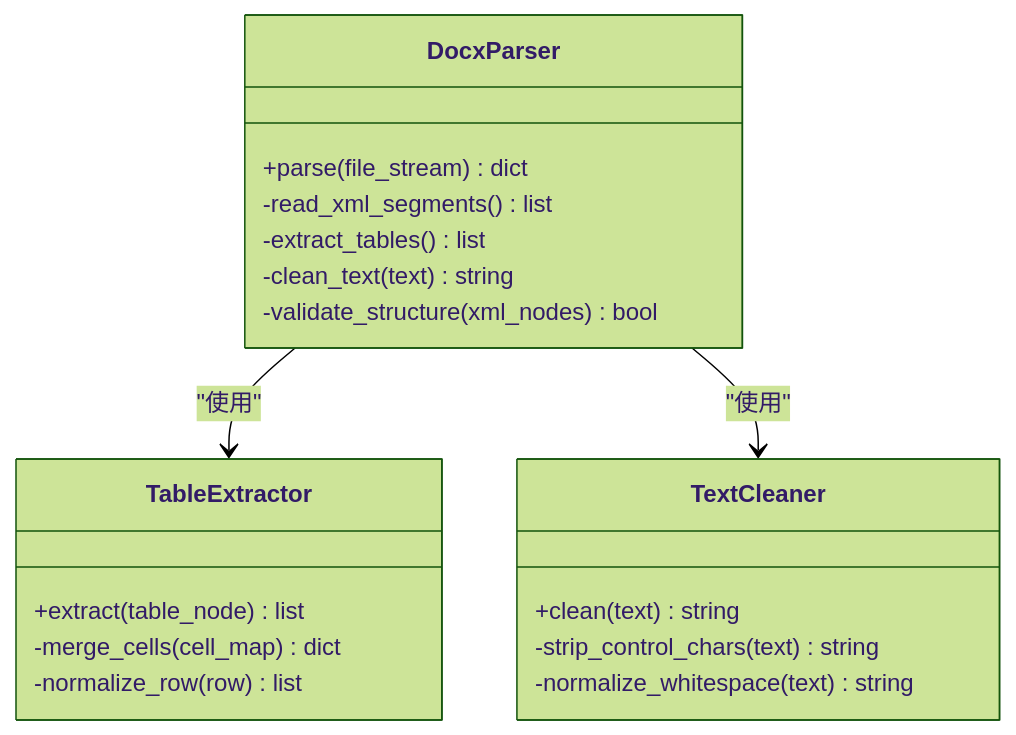
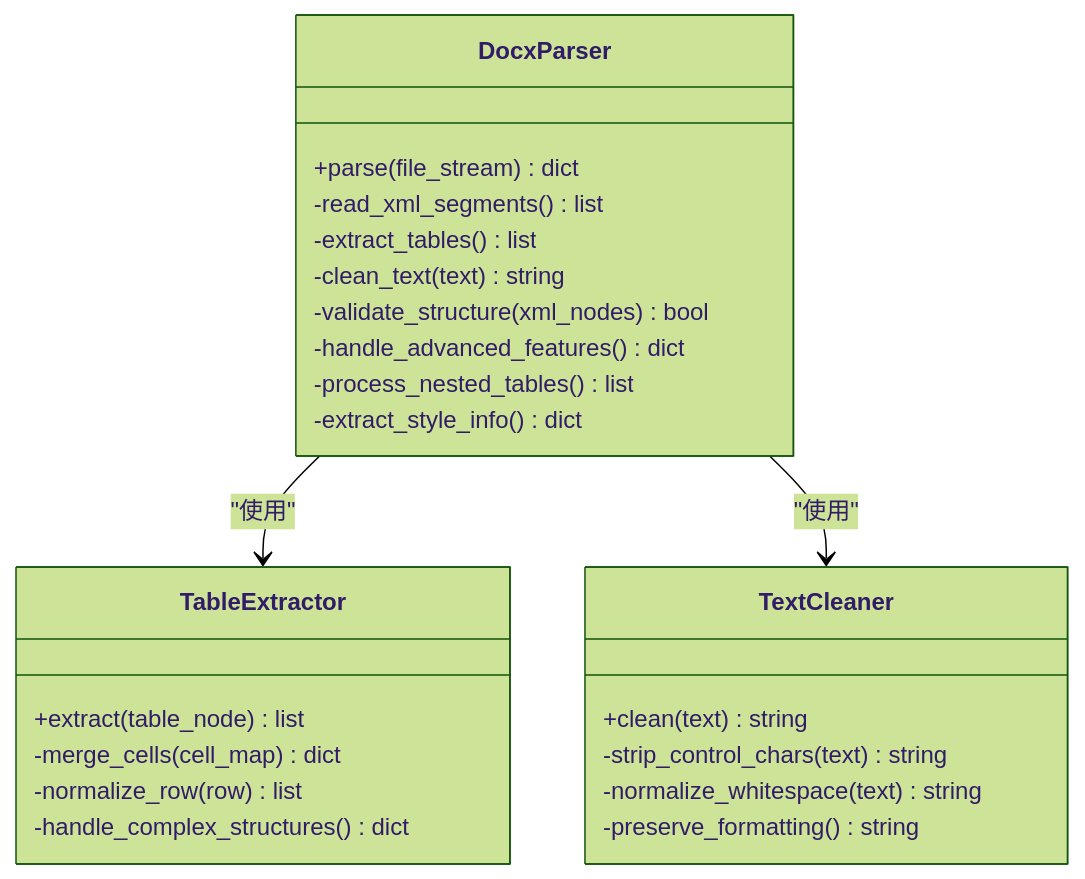
Before and after one commit to vu1Art1st/talos: the third of 5 diagrams in .qoder/repowiki/zh/content/业务服务层/文档解析服务.md, drawn with Mermaid (forest theme). The commit also changed other lines of this file and 129 other files, not shown here.

````diff
--- a/.qoder/repowiki/zh/content/业务服务层/文档解析服务.md
+++ b/.qoder/repowiki/zh/content/业务服务层/文档解析服务.md
@@ -122,22 +140,27 @@
 ```mermaid
 classDiagram
 class DocxParser {
 +parse(file_stream) dict
 -read_xml_segments() list
 -extract_tables() list
 -clean_text(text) string
 -validate_structure(xml_nodes) bool
+-handle_advanced_features() dict
+-process_nested_tables() list
+-extract_style_info() dict
 }
 class TableExtractor {
 +extract(table_node) list
 -merge_cells(cell_map) dict
 -normalize_row(row) list
+-handle_complex_structures() dict
 }
 class TextCleaner {
 +clean(text) string
 -strip_control_chars(text) string
 -normalize_whitespace(text) string
+-preserve_formatting() string
 }
 DocxParser --> TableExtractor : "使用"
 DocxParser --> TextCleaner : "使用"
 ```
````
